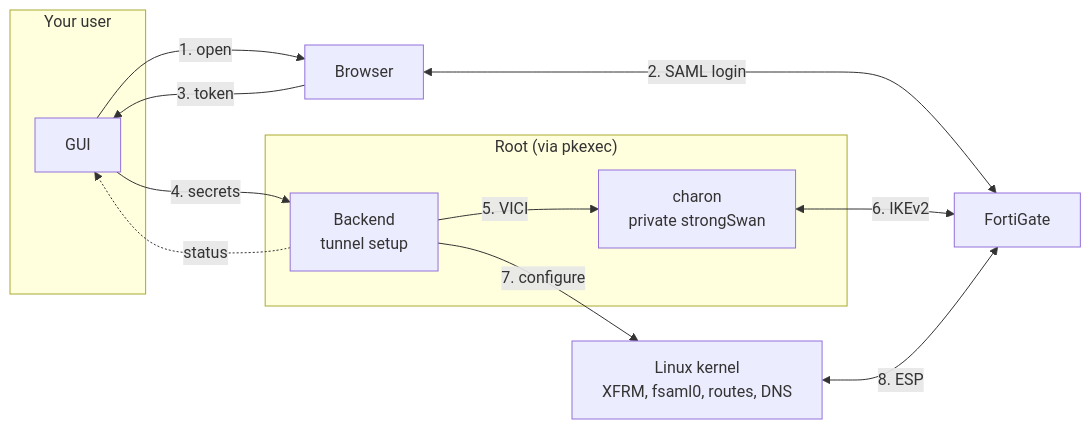
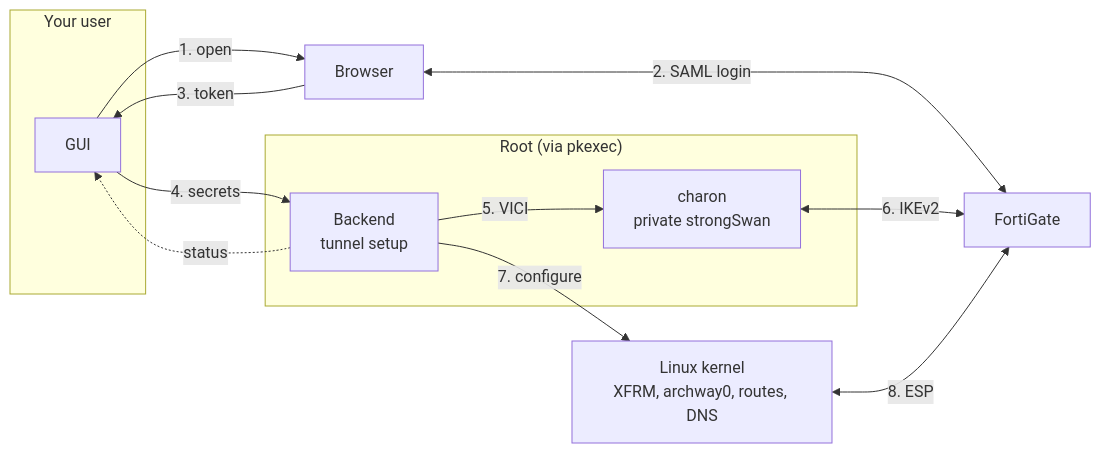
Before and after one commit to TeaDrinkingProgrammer/archway-vpn: the diagram in README.md, drawn with Mermaid. The commit also changed other lines of this file and 34 other files, not shown here.

````diff
--- a/README.md
+++ b/README.md
@@ -68,23 +68,23 @@
 ```mermaid
 flowchart LR
     subgraph user["Your user"]
         gui["GUI"]
     end
     subgraph root["Root (via pkexec)"]
         be["Backend<br/>tunnel setup"]
         ch["charon<br/>private strongSwan"]
     end
     browser["Browser"]
-    kernel["Linux kernel<br/>XFRM, fsaml0, routes, DNS"]
+    kernel["Linux kernel<br/>XFRM, archway0, routes, DNS"]
     fg["FortiGate"]
 
     gui -->|"1. open"| browser
     browser <-->|"2. SAML login"| fg
     browser -->|"3. token"| gui
     gui -->|"4. secrets"| be
     be -->|"5. VICI"| ch
     ch <-->|"6. IKEv2"| fg
     be -->|"7. configure"| kernel
     kernel <-->|"8. ESP"| fg
     be -.->|"status"| gui
 ```
````
